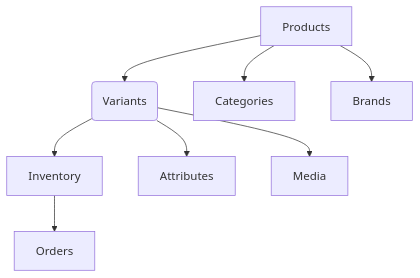
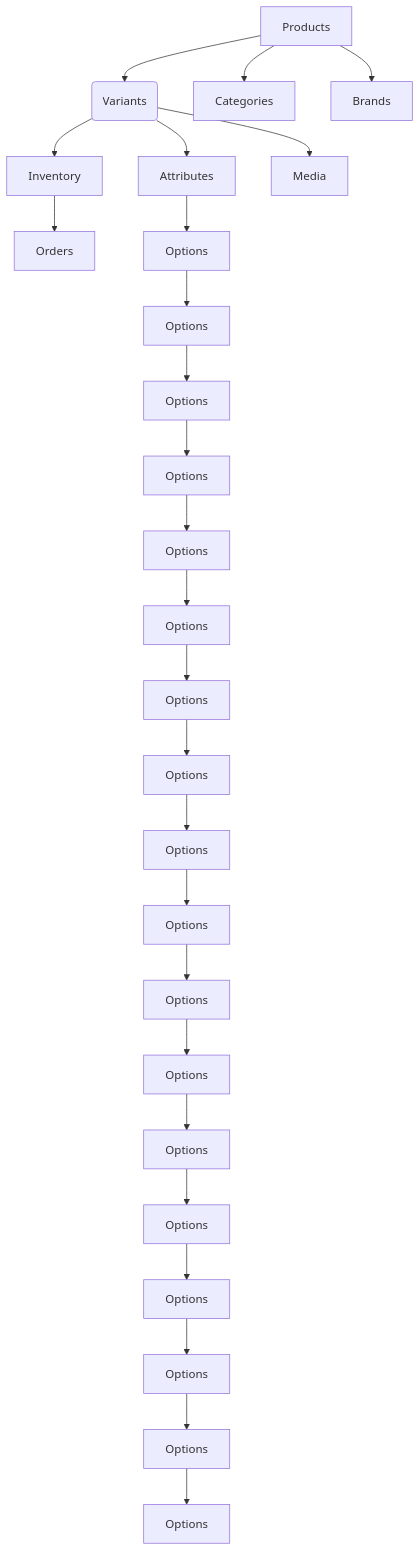
Before and after one commit to Alphadavethedon/E-commerce-database-design: the diagram in sql/queries/diagram.mmd, drawn with Mermaid. The commit also changed 1 other file, not shown here.

```diff
--- a/sql/queries/diagram.mmd
+++ b/sql/queries/diagram.mmd
@@ -1,8 +1,26 @@
 graph TD
     A[Products] --> B(Variants)
     B --> C[Inventory]
     A --> D[Categories]
     A --> E[Brands]
     B --> F[Attributes]
     B --> G[Media]
     C --> H[Orders]
+    F --> I[Options]
+    I --> J[Options]
+    J --> K[Options]
+    K --> L[Options]
+    L --> M[Options]
+    M --> N[Options]
+    N --> O[Options]
+    O --> P[Options]
+    P --> Q[Options]
+    Q --> R[Options]
+    R --> S[Options]
+    S --> T[Options]
+    T --> U[Options]
+    U --> V[Options]
+    V --> W[Options]
+    W --> X[Options]
+    X --> Y[Options]
+    Y --> Z[Options]
```
